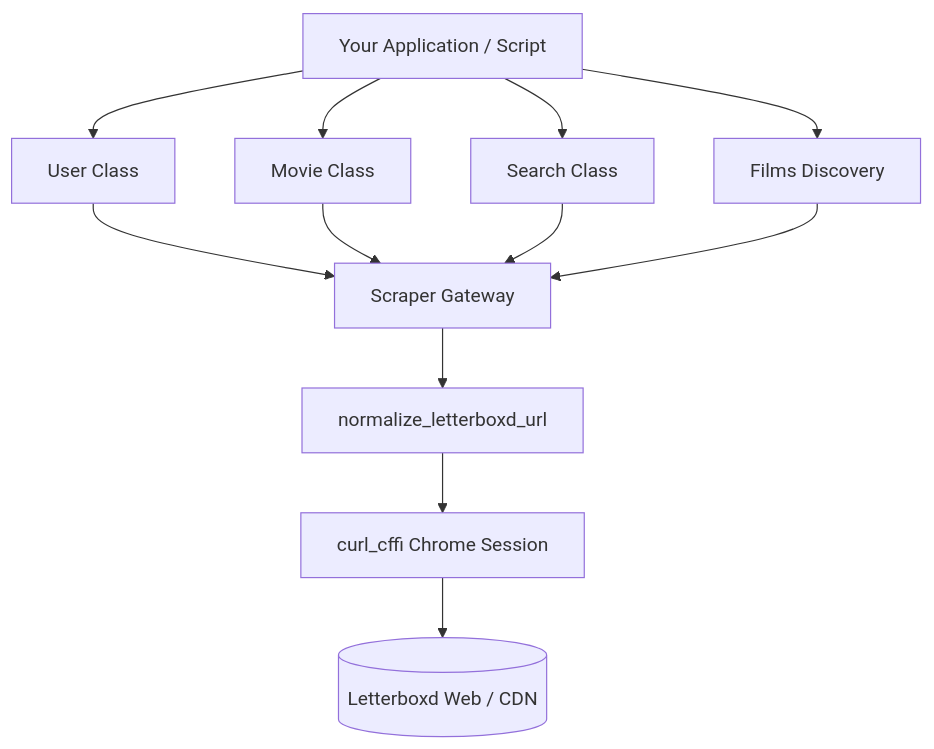
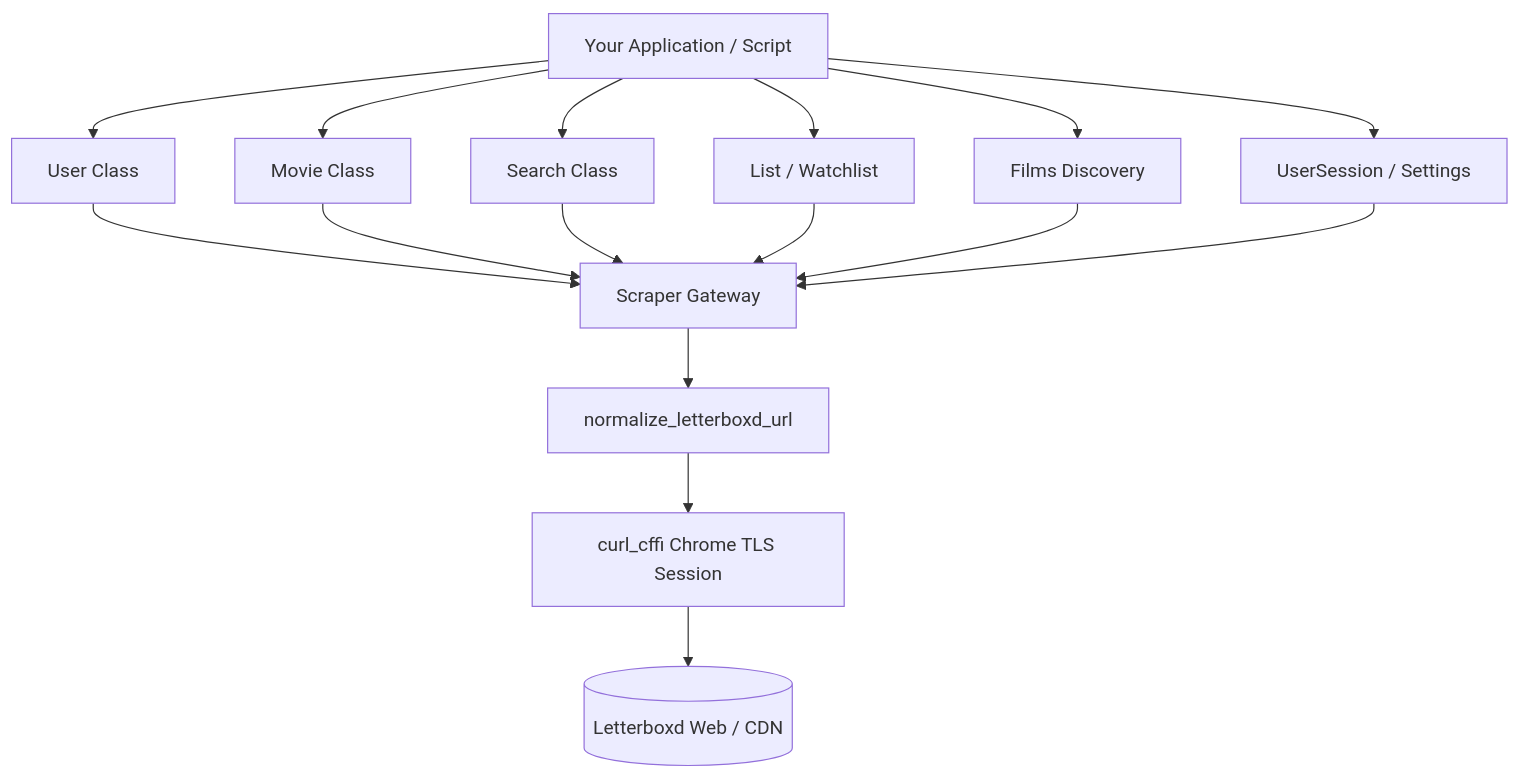
Before and after one commit to nmcassa/letterboxdpy: the diagram in docs/index.md, drawn with Mermaid. The commit also changed other lines of this file and 8 other files, not shown here.

First line of the commit message:
docs: enhance guides with sample payloads and schemas

````diff
--- a/docs/index.md
+++ b/docs/index.md
@@ -102,16 +110,20 @@
 ```mermaid
 flowchart TD
     App[Your Application / Script] --> User[User Class]
     App --> Movie[Movie Class]
     App --> Search[Search Class]
+    App --> List[List / Watchlist]
     App --> Films[Films Discovery]
+    App --> Auth[UserSession / Settings]
     
     User --> Scraper[Scraper Gateway]
     Movie --> Scraper
     Search --> Scraper
+    List --> Scraper
     Films --> Scraper
+    Auth --> Scraper
     
     Scraper --> URLNorm[normalize_letterboxd_url]
-    URLNorm --> Curl[curl_cffi Chrome Session]
+    URLNorm --> Curl[curl_cffi Chrome TLS Session]
     Curl --> Letterboxd[(Letterboxd Web / CDN)]
 ```
````
